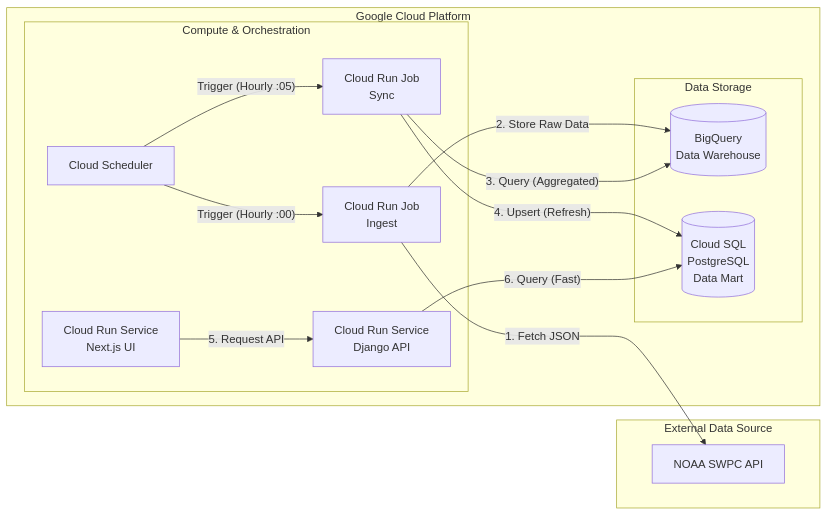
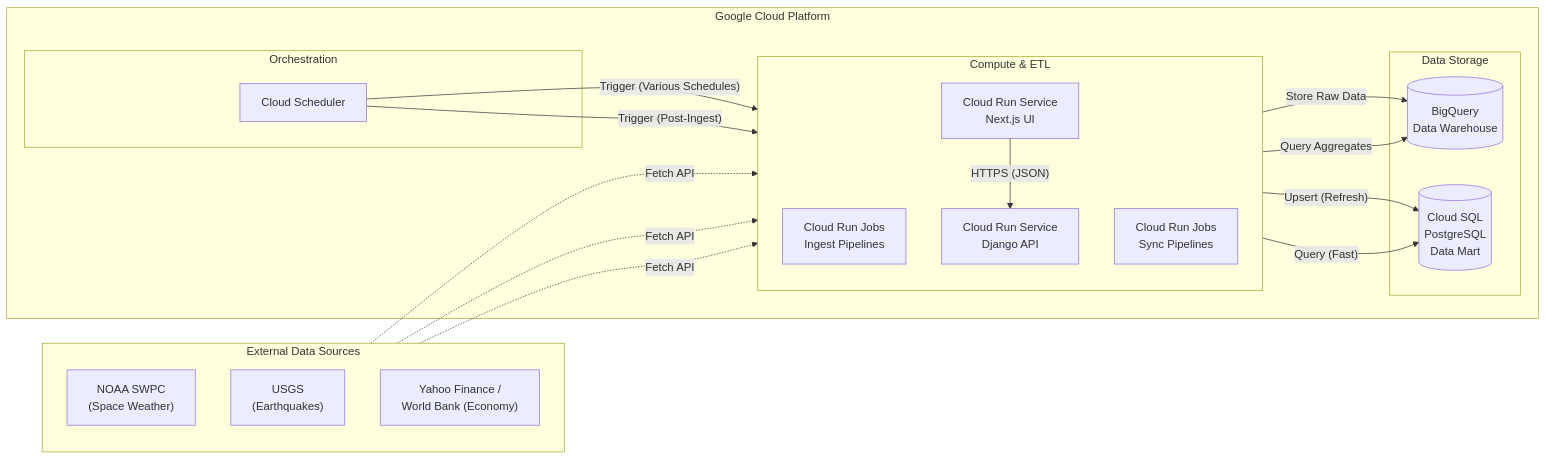
The first of 2 diagrams in README.md (celestial-biome/celestial_biome), drawn with Mermaid before and after one commit.

````diff
--- a/README.md
+++ b/README.md
@@ -213,32 +213,42 @@
 ```mermaid
 graph LR
-subgraph External[External Data Source]
-NOAA[NOAA SWPC API]
-end
+    subgraph External[External Data Sources]
+        direction TB
+        NOAA["NOAA SWPC<br>(Space Weather)"]
+        USGS["USGS<br>(Earthquakes)"]
+        Econ["Yahoo Finance /<br>World Bank (Economy)"]
+    end
 
     subgraph GCP[Google Cloud Platform]
-        subgraph Compute[Compute & Orchestration]
+        subgraph Orchestration
             Scheduler[Cloud Scheduler]
-            Job_Ingest[Cloud Run Job<br>Ingest]
-            Job_Sync[Cloud Run Job<br>Sync]
-            Backend[Cloud Run Service<br>Django API]
-            Frontend[Cloud Run Service<br>Next.js UI]
+        end
+
+        subgraph Compute[Compute & ETL]
+            direction TB
+            Ingest_Jobs["Cloud Run Jobs<br>Ingest Pipelines"]
+            Sync_Jobs["Cloud Run Jobs<br>Sync Pipelines"]
+            Backend["Cloud Run Service<br>Django API"]
+            Frontend["Cloud Run Service<br>Next.js UI"]
         end
 
         subgraph Storage[Data Storage]
-            BQ[(BigQuery<br>Data Warehouse)]
-            SQL[(Cloud SQL<br>PostgreSQL<br>Data Mart)]
+            BQ[("BigQuery<br>Data Warehouse")]
+            SQL[("Cloud SQL<br>PostgreSQL<br>Data Mart")]
         end
     end
 
-    Scheduler -- Trigger (Hourly :00) --> Job_Ingest
-    Job_Ingest -- 1. Fetch JSON --> NOAA
-    Job_Ingest -- 2. Store Raw Data --> BQ
+    %% Scheduling
+    Scheduler -- "Trigger (Various Schedules)" --> Ingest_Jobs
+    Scheduler -- "Trigger (Post-Ingest)" --> Sync_Jobs
 
-    Scheduler -- Trigger (Hourly :05) --> Job_Sync
-    Job_Sync -- 3. Query (Aggregated) --> BQ
-    Job_Sync -- 4. Upsert (Refresh) --> SQL
+    %% Data Flow (ETL)
+    NOAA & USGS & Econ -. "Fetch API" .-> Ingest_Jobs
+    Ingest_Jobs -- "Store Raw Data" --> BQ
+    Sync_Jobs -- "Query Aggregates" --> BQ
+    Sync_Jobs -- "Upsert (Refresh)" --> SQL
 
-    Frontend -- 5. Request API --> Backend
-    Backend -- 6. Query (Fast) --> SQL
+    %% Application Flow
+    Frontend -- "HTTPS (JSON)" --> Backend
+    Backend -- "Query (Fast)" --> SQL
 ```
````
